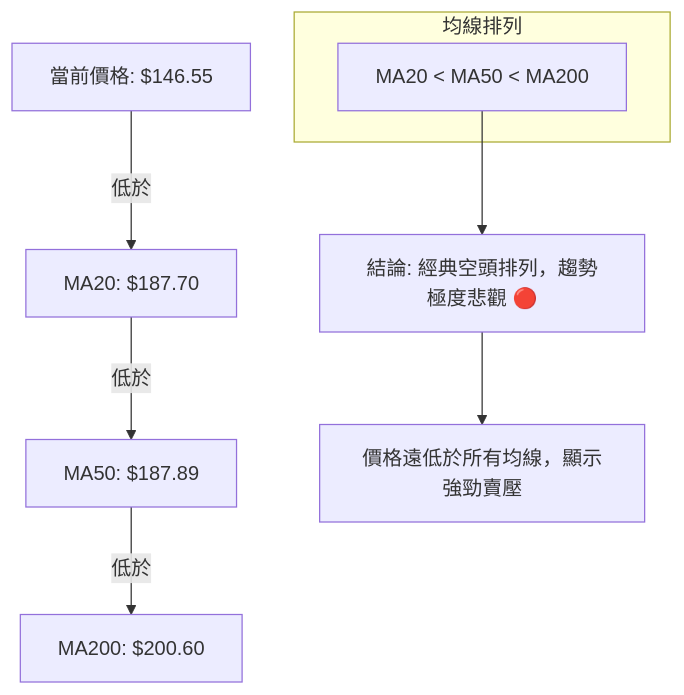
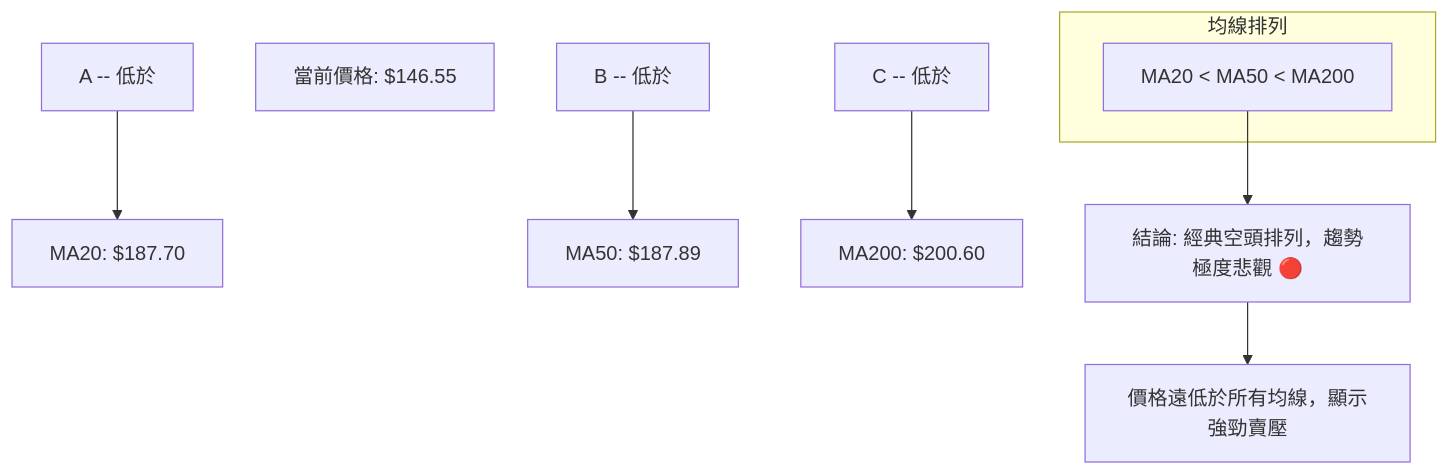
One commit to yennanliu/finance_data changed the seventh of 11 diagrams in ai_gen_report/stock/orcl/technical_analysis_2026-07-01_gemini.md. Above: the diagram before and after it, drawn with Mermaid. The commit also changed other lines of this file and 2258 other files, not shown here.

First line of the commit message:
chore: backfill Mermaid syntax repair across existing reports

````diff
--- a/ai_gen_report/stock/orcl/technical_analysis_2026-07-01_gemini.md
+++ b/ai_gen_report/stock/orcl/technical_analysis_2026-07-01_gemini.md
@@ -424,18 +424,18 @@
 ```mermaid
 graph TD
-    A[當前價格: $146.55]
-    B[MA20: $187.70]
-    C[MA50: $187.89]
-    D[MA200: $200.60]
+    A["當前價格: $146.55"]
+    B["MA20: $187.70"]
+    C["MA50: $187.89"]
+    D["MA200: $200.60"]
 
-    A -- 低於 --> B
-    B -- 低於 --> C
-    C -- 低於 --> D
+    nb1["A -- 低於"] --> B
+    nb2["B -- 低於"] --> C
+    nb3["C -- 低於"] --> D
 
     subgraph 均線排列
-        MA_System[MA20 < MA50 < MA200]
+        MA_System["MA20 < MA50 < MA200"]
     end
 
-    MA_System --> E[結論: 經典空頭排列，趨勢極度悲觀 🔴]
-    E --> F[價格遠低於所有均線，顯示強勁賣壓]
+    MA_System --> E["結論: 經典空頭排列，趨勢極度悲觀 🔴"]
+    E --> F["價格遠低於所有均線，顯示強勁賣壓"]
 ```
````
